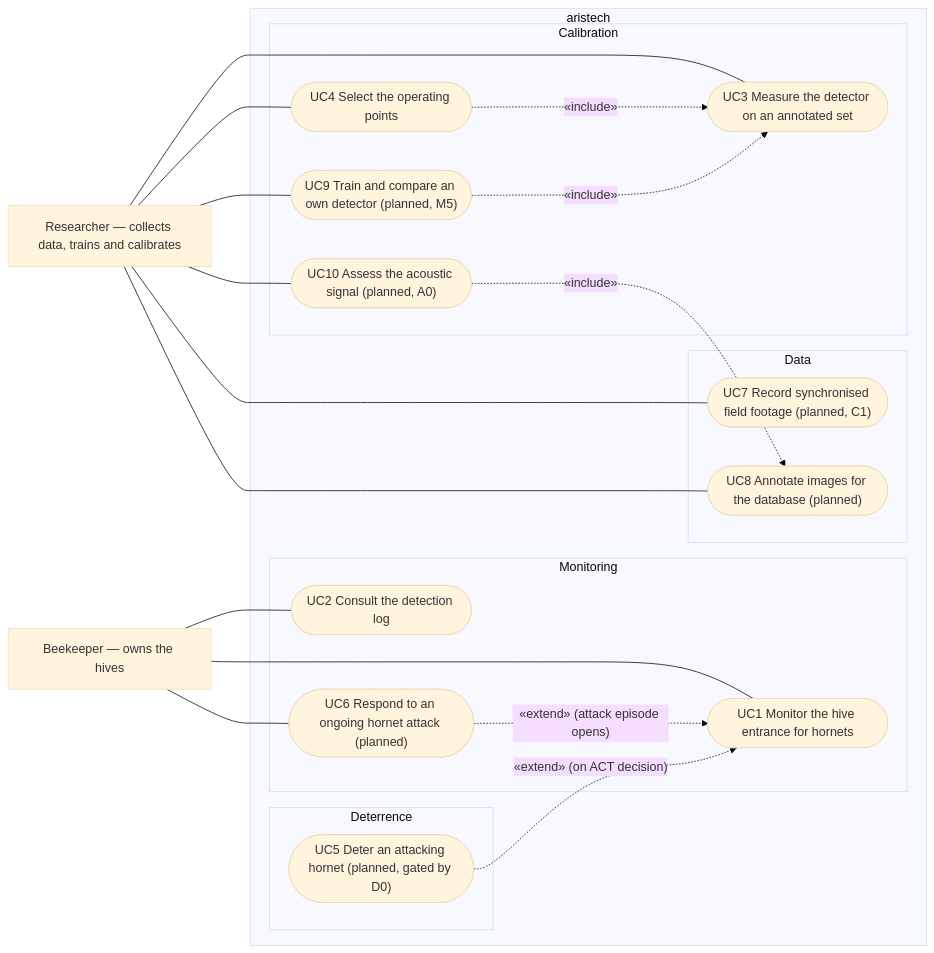
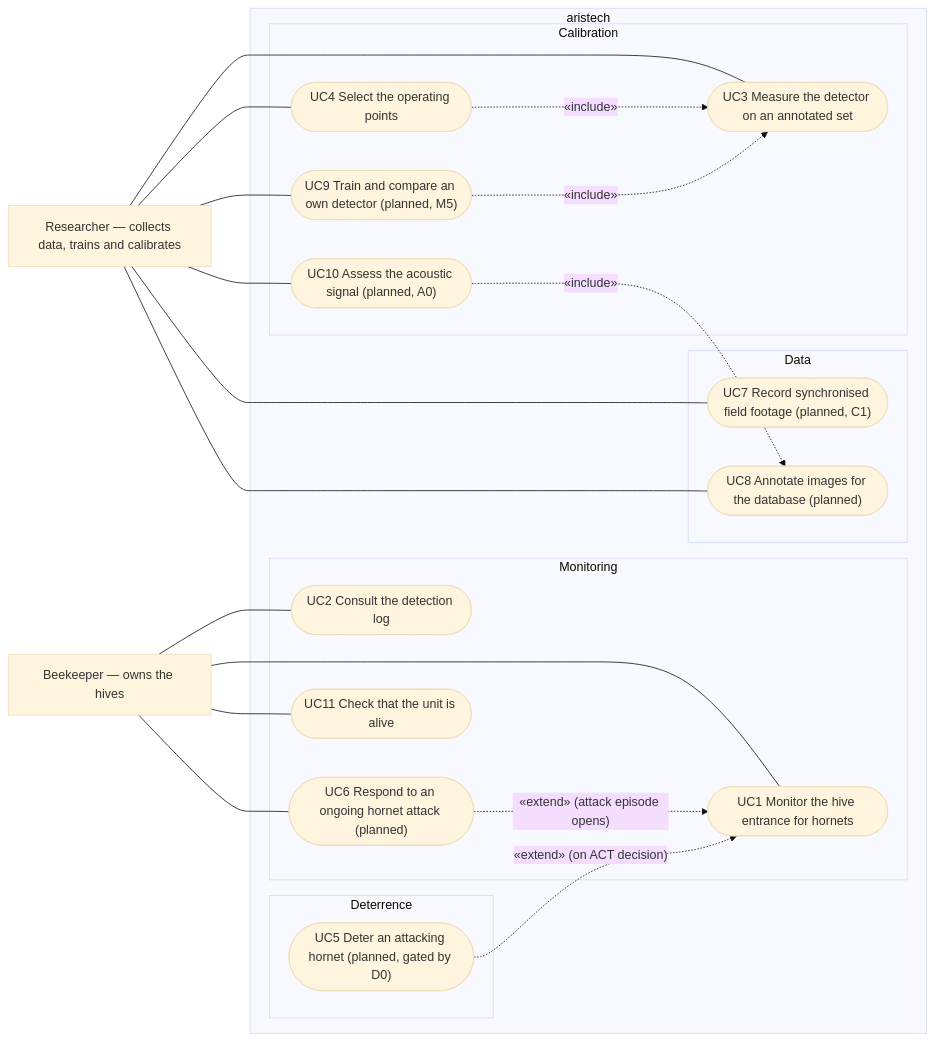
The diagram in docs/architecture/diagrams/product/01-use-case.md (benoit-bremaud/aristech), drawn with Mermaid (base theme) before and after one commit. The commit also changed other lines of this file and 24 other files, not shown here.

````diff
--- a/docs/architecture/diagrams/product/01-use-case.md
+++ b/docs/architecture/diagrams/product/01-use-case.md
@@ -16,41 +16,43 @@
 ```mermaid
 flowchart LR
     Beekeeper["Beekeeper — owns the hives"]
     Researcher["Researcher — collects data, trains and calibrates"]
 
     subgraph System["aristech"]
         subgraph Monitoring
             UC1(["UC1 Monitor the hive entrance for hornets"])
             UC2(["UC2 Consult the detection log"])
             UC6(["UC6 Respond to an ongoing hornet attack (planned)"])
+            UC11(["UC11 Check that the unit is alive"])
         end
         subgraph Data
             UC7(["UC7 Record synchronised field footage (planned, C1)"])
             UC8(["UC8 Annotate images for the database (planned)"])
         end
         subgraph Calibration
             UC3(["UC3 Measure the detector on an annotated set"])
             UC4(["UC4 Select the operating points"])
             UC9(["UC9 Train and compare an own detector (planned, M5)"])
             UC10(["UC10 Assess the acoustic signal (planned, A0)"])
         end
         subgraph Deterrence
             UC5(["UC5 Deter an attacking hornet (planned, gated by D0)"])
         end
     end
 
     Beekeeper --- UC1
     Beekeeper --- UC2
     Beekeeper --- UC6
+    Beekeeper --- UC11
     Researcher --- UC7
     Researcher --- UC8
     Researcher --- UC3
     Researcher --- UC4
     Researcher --- UC9
     Researcher --- UC10
     UC4 -. "«include»" .-> UC3
     UC9 -. "«include»" .-> UC3
     UC10 -. "«include»" .-> UC8
     UC6 -. "«extend» (attack episode opens)" .-> UC1
     UC5 -. "«extend» (on ACT decision)" .-> UC1
 ```
````
